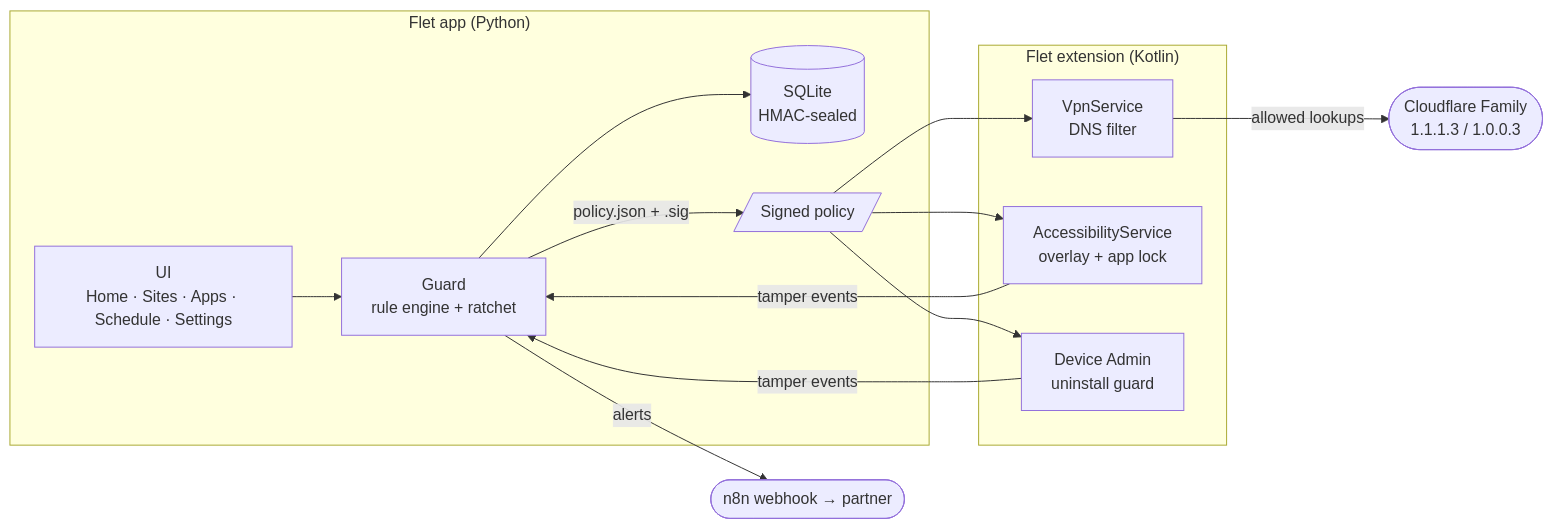
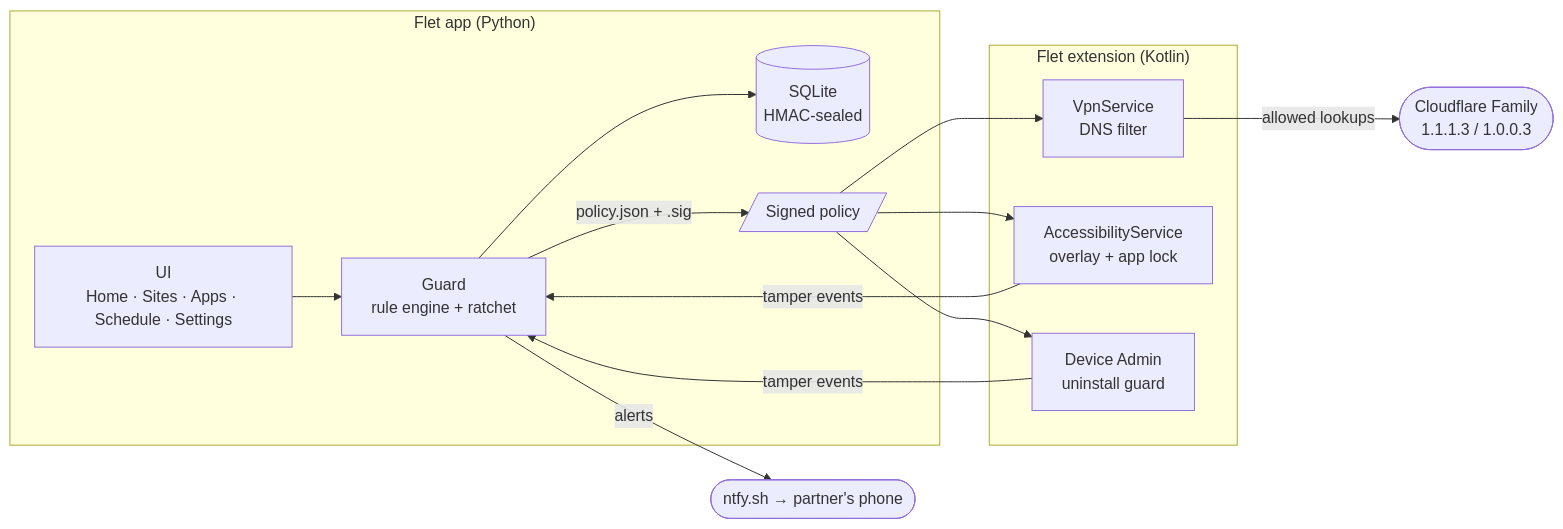
The diagram in README.md (3th4n-J/GuardPulse), drawn with Mermaid before and after one commit. The commit also changed other lines of this file and 24 other files, not shown here.

````diff
--- a/README.md
+++ b/README.md
@@ -57,19 +57,19 @@
 ```mermaid
 flowchart LR
     subgraph Python["Flet app (Python)"]
         UI["UI<br/>Home · Sites · Apps · Schedule · Settings"]
         Guard["Guard<br/>rule engine + ratchet"]
         DB[("SQLite<br/>HMAC-sealed")]
         UI --> Guard --> DB
         Guard -->|"policy.json + .sig"| Policy[/"Signed policy"/]
     end
     subgraph Kotlin["Flet extension (Kotlin)"]
         VPN["VpnService<br/>DNS filter"]
         A11y["AccessibilityService<br/>overlay + app lock"]
         Admin["Device Admin<br/>uninstall guard"]
     end
     Policy --> VPN & A11y & Admin
     VPN -->|"allowed lookups"| CF(["Cloudflare Family<br/>1.1.1.3 / 1.0.0.3"])
     A11y & Admin -->|"tamper events"| Guard
-    Guard -->|"alerts"| N8N(["n8n webhook → partner"])
+    Guard -->|"alerts"| NTFY(["ntfy.sh → partner's phone"])
 ```
````
